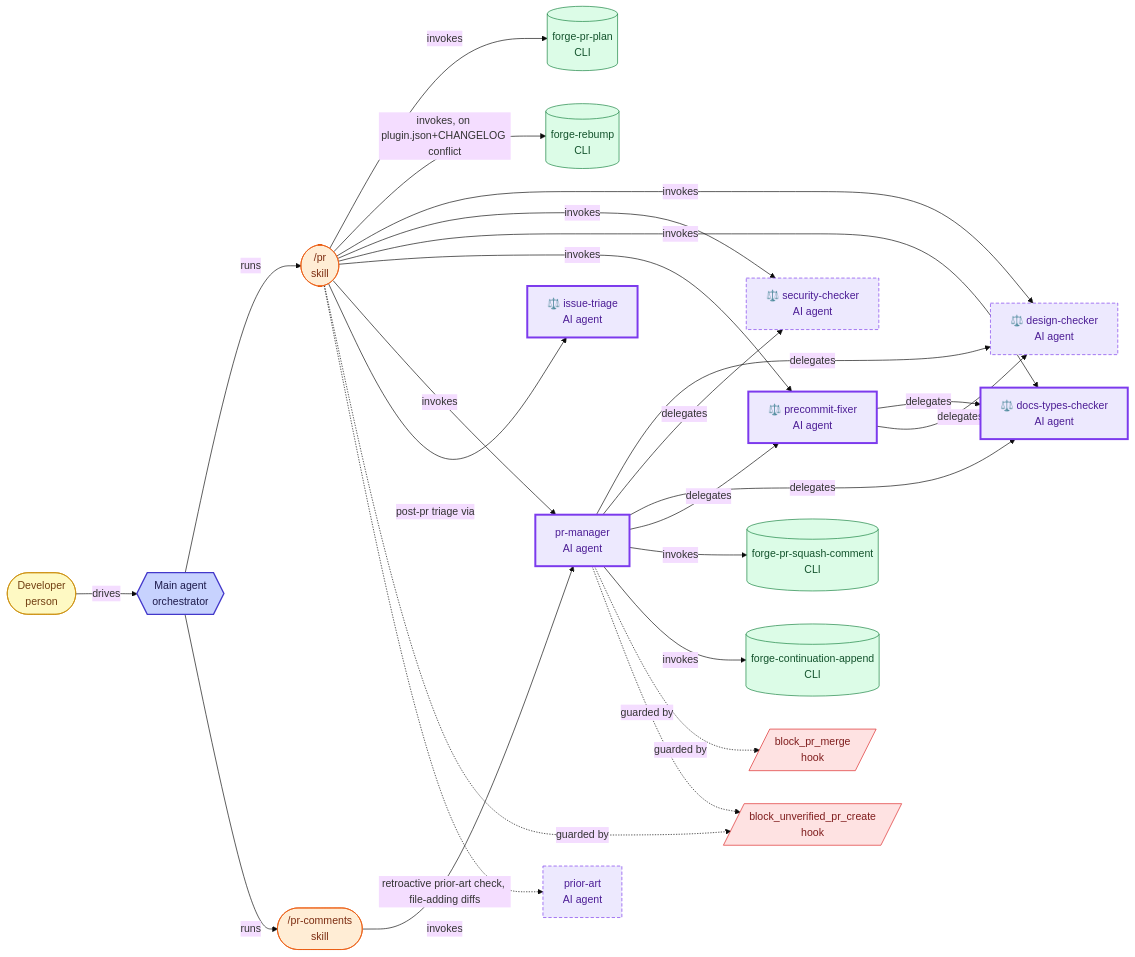
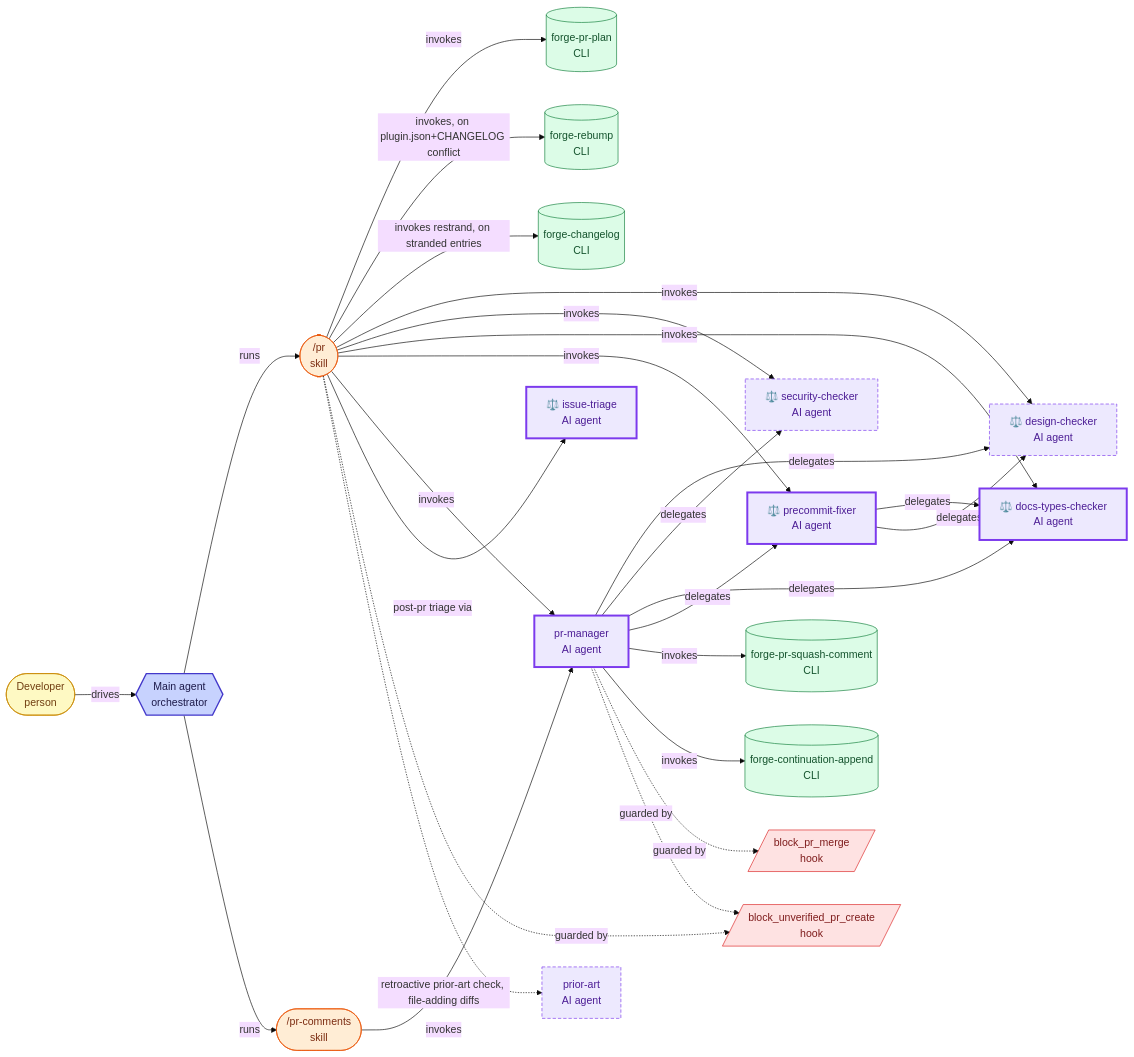
One commit to misnaej/forge changed the third of 7 diagrams in docs/agent-architecture.md. Above: the diagram before and after it, drawn with Mermaid (base theme). The commit also changed 18 other files, not shown here.

Commit message:
feat(precommit): manifest version schema, stale-regen advisory, changelog restrand (#436, #438, #429)

````diff
--- a/docs/agent-architecture.md
+++ b/docs/agent-architecture.md
@@ -200,77 +200,80 @@
 ```mermaid
 graph LR
   classDef person fill:#fef9c3,stroke:#ca8a04,color:#713f12
   classDef agent fill:#ede9fe,stroke:#7c3aed,color:#4c1d95
   classDef skill fill:#ffedd5,stroke:#ea580c,color:#7c2d12
   classDef hook fill:#fee2e2,stroke:#dc2626,color:#7f1d1d
   classDef cli fill:#dcfce7,stroke:#15803d,color:#14532d
   classDef policy fill:#f1f5f9,stroke:#64748b,color:#334155
   classDef orchestrator fill:#c7d2fe,stroke:#4338ca,color:#1e1b4b,stroke-width:2px
   classDef reporter stroke-dasharray:5 3
   classDef mutator stroke-width:3px
   human(["Developer<br/>person"])
   main_agent{{"Main agent<br/>orchestrator"}}
   human -->|drives| main_agent
   hk_block_pr_merge[/"block_pr_merge<br/>hook"/]
   hk_block_unverified_pr_create[/"block_unverified_pr_create<br/>hook"/]
   design_checker["⚖️ design-checker<br/>AI agent"]
   docs_types_checker["⚖️ docs-types-checker<br/>AI agent"]
   cli_forge_continuation_append[("forge-continuation-append<br/>CLI")]
   cli_forge_pr_plan[("forge-pr-plan<br/>CLI")]
   cli_forge_pr_squash_comment[("forge-pr-squash-comment<br/>CLI")]
   cli_forge_rebump[("forge-rebump<br/>CLI")]
+  cli_forge_changelog[("forge-changelog<br/>CLI")]
   sk_pr(["/pr<br/>skill"])
   prior_art["prior-art<br/>AI agent"]
   pr_manager["pr-manager<br/>AI agent"]
   precommit_fixer["⚖️ precommit-fixer<br/>AI agent"]
   sk_pr_comments(["/pr-comments<br/>skill"])
   security_checker["⚖️ security-checker<br/>AI agent"]
   issue_triage["⚖️ issue-triage<br/>AI agent"]
   main_agent -->|runs| sk_pr
   main_agent -->|runs| sk_pr_comments
   pr_manager -->|delegates| design_checker
   pr_manager -->|delegates| security_checker
   pr_manager -->|delegates| docs_types_checker
   pr_manager -->|delegates| precommit_fixer
   precommit_fixer -->|delegates| docs_types_checker
   precommit_fixer -->|delegates| design_checker
   sk_pr -->|invokes| cli_forge_pr_plan
   sk_pr -->|invokes, on plugin.json+CHANGELOG conflict| cli_forge_rebump
+  sk_pr -->|invokes restrand, on stranded entries| cli_forge_changelog
   sk_pr -->|invokes| design_checker
   sk_pr -->|invokes| security_checker
   sk_pr -->|invokes| docs_types_checker
   sk_pr -->|invokes| precommit_fixer
   sk_pr -->|invokes| pr_manager
   sk_pr -->|post-pr triage via| issue_triage
   sk_pr_comments -->|invokes| pr_manager
   pr_manager -->|invokes| cli_forge_pr_squash_comment
   pr_manager -->|invokes| cli_forge_continuation_append
   pr_manager -.->|guarded by| hk_block_pr_merge
   pr_manager -.->|guarded by| hk_block_unverified_pr_create
   sk_pr -.->|guarded by| hk_block_unverified_pr_create
   sk_pr -.->|retroactive prior-art check, file-adding diffs| prior_art
   class human person
   class main_agent orchestrator
   class hk_block_pr_merge hook
   class hk_block_unverified_pr_create hook
   class prior_art agent
   class prior_art reporter
   class design_checker agent
   class design_checker reporter
   class docs_types_checker agent
   class docs_types_checker mutator
   class cli_forge_continuation_append cli
   class cli_forge_pr_plan cli
   class cli_forge_pr_squash_comment cli
   class cli_forge_rebump cli
+  class cli_forge_changelog cli
   class sk_pr skill
   class pr_manager agent
   class pr_manager mutator
   class precommit_fixer agent
   class precommit_fixer mutator
   class sk_pr_comments skill
   class security_checker agent
   class security_checker reporter
   class issue_triage agent
   class issue_triage mutator
 ```
````
